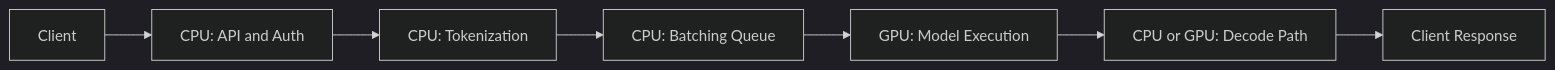
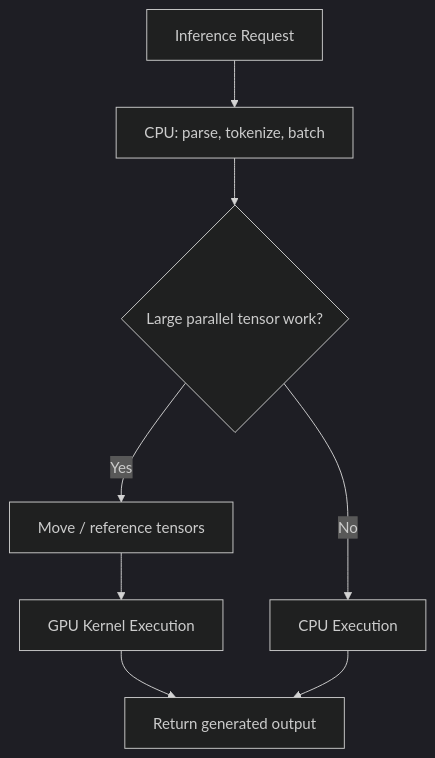
One commit to jithinpnjm/nvidia-devops changed the second of 2 diagrams in docs/nvidia-zero-to-hero/volume-01/chapter-02-why-cpus-became-insufficient.md. Above: the diagram before and after it, drawn with Mermaid (dark theme). The commit also changed other lines of this file, not shown here.

Commit message:
rewrite cpu insufficiency chapter presentation

````diff
--- a/docs/nvidia-zero-to-hero/volume-01/chapter-02-why-cpus-became-insufficient.md
+++ b/docs/nvidia-zero-to-hero/volume-01/chapter-02-why-cpus-became-insufficient.md
@@ -251,12 +88,10 @@
 ```mermaid
-flowchart LR
-    client[Client]
-    api[CPU: API and Auth]
-    tokenize[CPU: Tokenization]
-    batch[CPU: Batching Queue]
-    gpu[GPU: Model Execution]
-    decode[CPU or GPU: Decode Path]
-    client2[Client Response]
-
-    client --> api --> tokenize --> batch --> gpu --> decode --> client2
+flowchart TB
+    Request[Inference Request] --> CPUPrep[CPU: parse, tokenize, batch]
+    CPUPrep --> Decision{Large parallel tensor work?}
+    Decision -- No --> CPUExec[CPU Execution]
+    Decision -- Yes --> Transfer[Move / reference tensors]
+    Transfer --> GPUExec[GPU Kernel Execution]
+    GPUExec --> Result[Return generated output]
+    CPUExec --> Result
 ```
````
